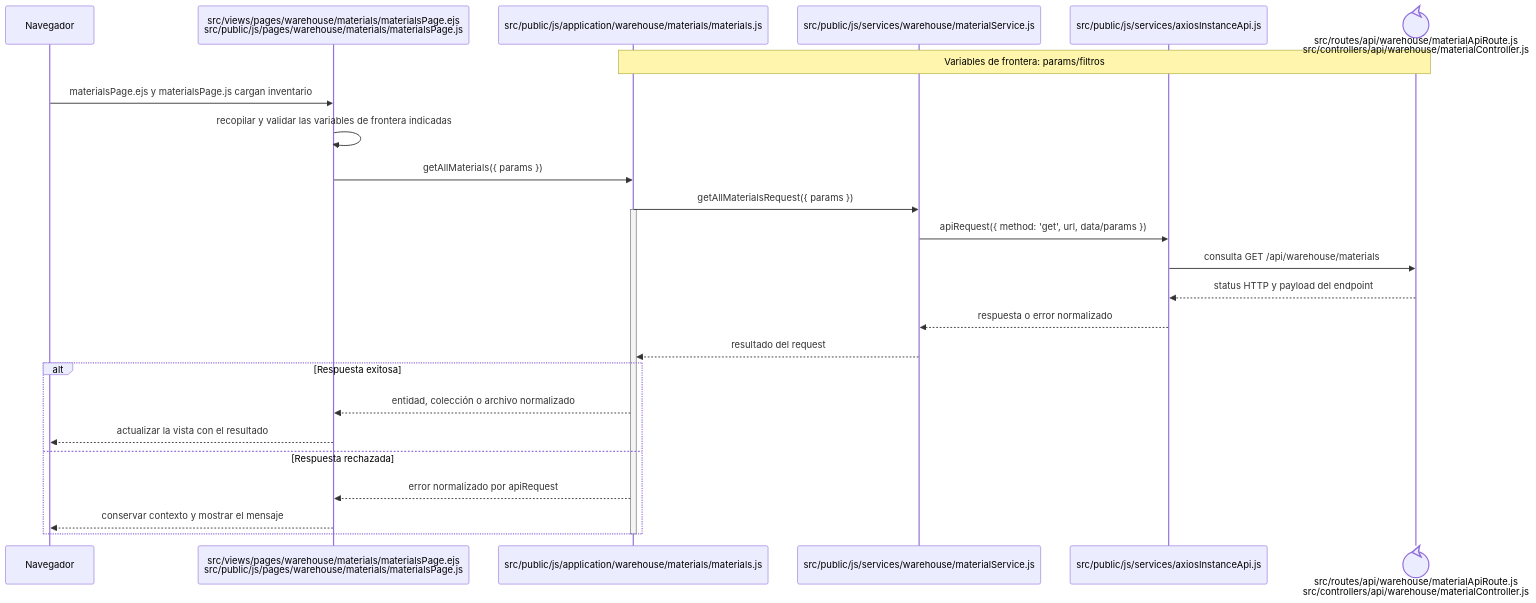
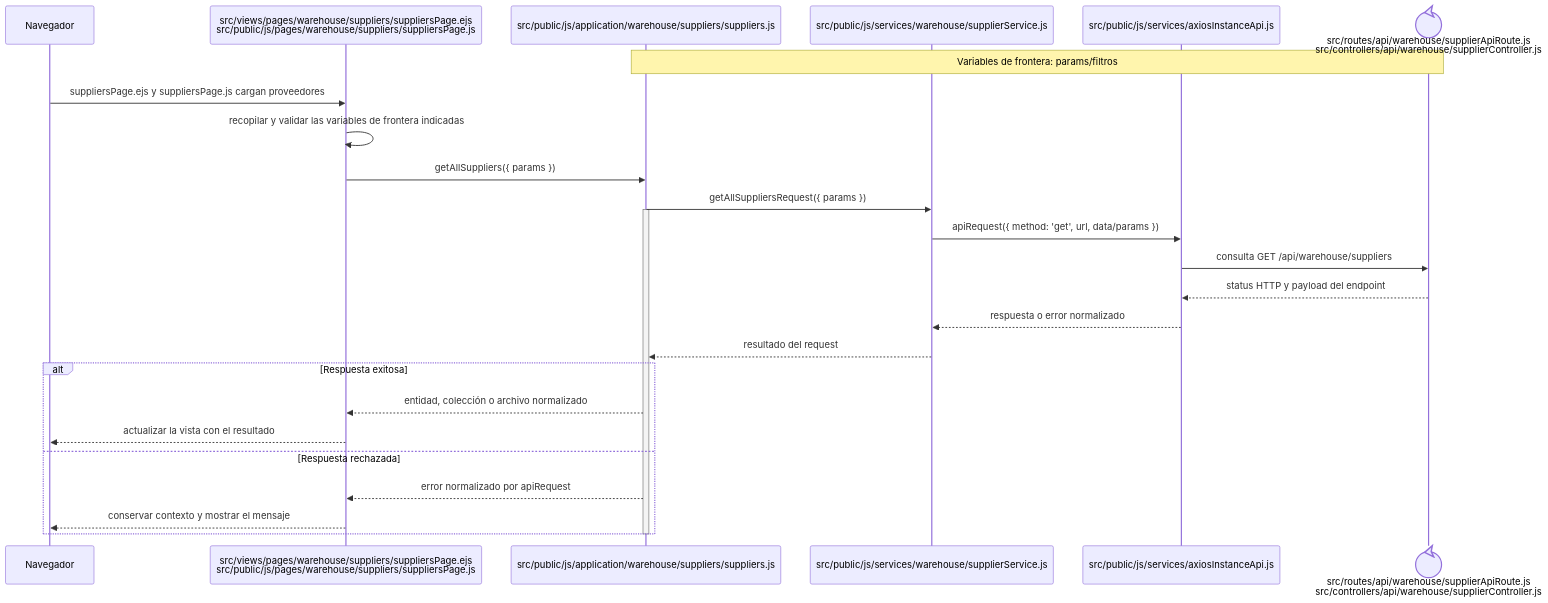
Before and after one commit to gpgsistemas01/nexus: the diagram in docs/architecture/frontend-code-sequences/catalogs/cu-cat-01.md, drawn with Mermaid. The commit also changed other lines of this file and 287 other files, not shown here.

````diff
--- a/docs/architecture/frontend-code-sequences/catalogs/cu-cat-01.md
+++ b/docs/architecture/frontend-code-sequences/catalogs/cu-cat-01.md
@@ -6,29 +6,29 @@
 ```mermaid
 sequenceDiagram
     participant Browser as Navegador
-    participant View as src/views/pages/warehouse/materials/materialsPage.ejs<br/>src/public/js/pages/warehouse/materials/materialsPage.js
-    participant Application as src/public/js/application/warehouse/materials/materials.js
-    participant Request as src/public/js/services/warehouse/materialService.js
+    participant View as src/views/pages/warehouse/suppliers/suppliersPage.ejs<br/>src/public/js/pages/warehouse/suppliers/suppliersPage.js
+    participant Application as src/public/js/application/warehouse/suppliers/suppliers.js
+    participant Request as src/public/js/services/warehouse/supplierService.js
     participant HTTP as src/public/js/services/axiosInstanceApi.js
-    participant Transport@{ "type": "control" } as src/routes/api/warehouse/materialApiRoute.js<br/>src/controllers/api/warehouse/materialController.js
+    participant Transport@{ "type": "control" } as src/routes/api/warehouse/supplierApiRoute.js<br/>src/controllers/api/warehouse/supplierController.js
     Note over Application,Transport: Variables de frontera: params/filtros
 
-    Browser->>View: materialsPage.ejs y materialsPage.js cargan inventario
+    Browser->>View: suppliersPage.ejs y suppliersPage.js cargan proveedores
     View->>View: recopilar y validar las variables de frontera indicadas
-    View->>Application: getAllMaterials({ params })
-    Application->>Request: getAllMaterialsRequest({ params })
+    View->>Application: getAllSuppliers({ params })
+    Application->>Request: getAllSuppliersRequest({ params })
     activate Application
     Request->>HTTP: apiRequest({ method: 'get', url, data/params })
-    HTTP->>Transport: consulta GET /api/warehouse/materials
+    HTTP->>Transport: consulta GET /api/warehouse/suppliers
     Transport-->>HTTP: status HTTP y payload del endpoint
     HTTP-->>Request: respuesta o error normalizado
     Request-->>Application: resultado del request
     alt Respuesta exitosa
         Application-->>View: entidad, colección o archivo normalizado
         View-->>Browser: actualizar la vista con el resultado
     else Respuesta rechazada
         Application-->>View: error normalizado por apiRequest
         View-->>Browser: conservar contexto y mostrar el mensaje
     end
     deactivate Application
 ```
````
